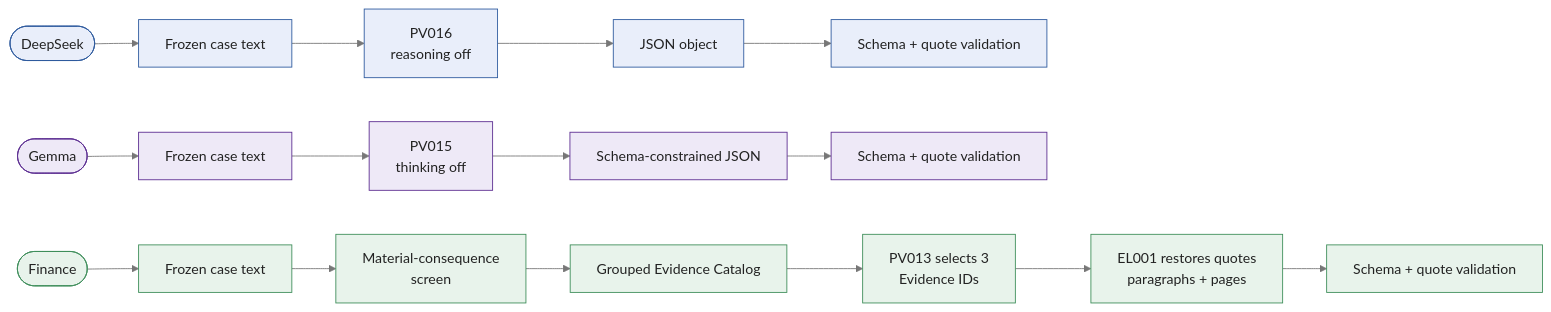
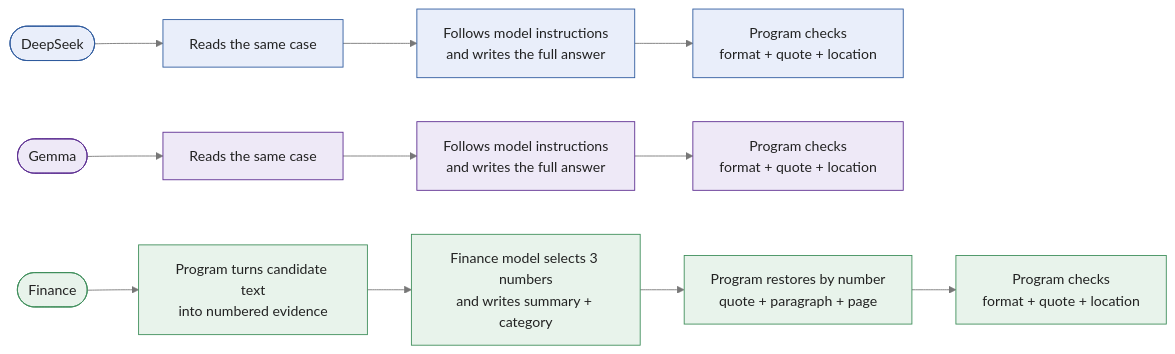
One commit to Alhabor/financial-filing-extraction changed the diagram in report/visuals/src/final_solution_architectures.en.mmd. Above: the diagram before and after it, drawn with Mermaid. The commit also changed 11 other files, not shown here.

```diff
--- a/report/visuals/src/final_solution_architectures.en.mmd
+++ b/report/visuals/src/final_solution_architectures.en.mmd
@@ -1,12 +1,12 @@
 %%{init: {"theme": "base", "themeVariables": {"fontFamily": "Arial", "primaryTextColor": "#222222", "lineColor": "#777777"}}}%%
 flowchart LR
-  DS0([DeepSeek]) --> DS1[Frozen case text] --> DS2[PV016<br/>reasoning off] --> DS3[JSON object] --> DS4[Schema + quote validation]
-  GM0([Gemma]) --> GM1[Frozen case text] --> GM2[PV015<br/>thinking off] --> GM3[Schema-constrained JSON] --> GM4[Schema + quote validation]
-  FN0([Finance]) --> FN1[Frozen case text] --> FN2[Material-consequence<br/>screen] --> FN3[Grouped Evidence Catalog] --> FN4[PV013 selects 3<br/>Evidence IDs] --> FN5[EL001 restores quotes<br/>paragraphs + pages] --> FN6[Schema + quote validation]
+  DS0([DeepSeek]) --> DS1[Reads the same case] --> DS2[Follows model instructions<br/>and writes the full answer] --> DS3[Program checks<br/>format + quote + location]
+  GM0([Gemma]) --> GM1[Reads the same case] --> GM2[Follows model instructions<br/>and writes the full answer] --> GM3[Program checks<br/>format + quote + location]
+  FN0([Finance]) --> FN1[Program turns candidate text<br/>into numbered evidence] --> FN2[Finance model selects 3 numbers<br/>and writes summary + category] --> FN3[Program restores by number<br/>quote + paragraph + page] --> FN4[Program checks<br/>format + quote + location]
 
   classDef ds fill:#E9EEFA,stroke:#2E5A9E,color:#222222;
   classDef gm fill:#EEE9F7,stroke:#5C2D91,color:#222222;
   classDef fn fill:#E8F3EB,stroke:#3E8E5A,color:#222222;
-  class DS0,DS1,DS2,DS3,DS4 ds;
-  class GM0,GM1,GM2,GM3,GM4 gm;
-  class FN0,FN1,FN2,FN3,FN4,FN5,FN6 fn;
+  class DS0,DS1,DS2,DS3 ds;
+  class GM0,GM1,GM2,GM3 gm;
+  class FN0,FN1,FN2,FN3,FN4 fn;
```
